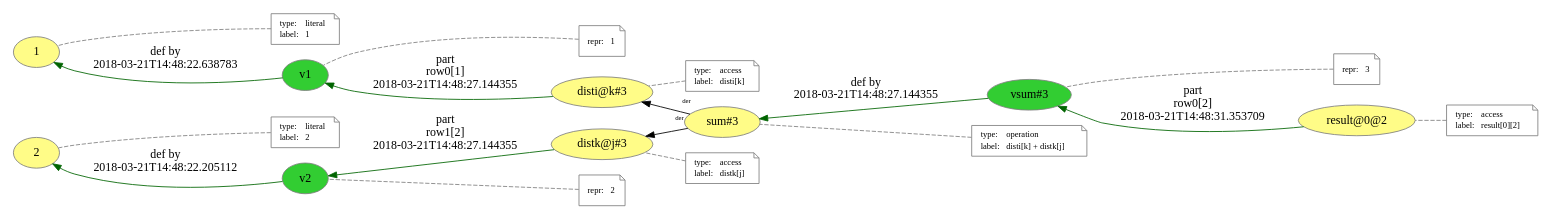
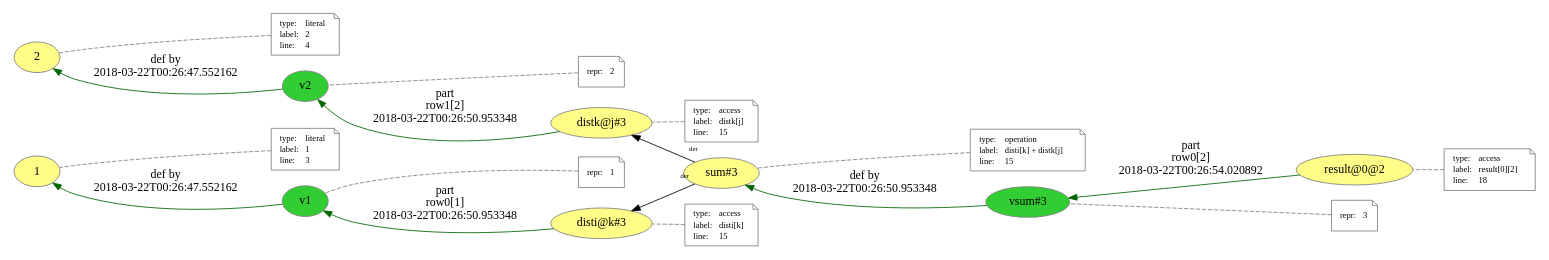
Before and after one commit to dew-uff/versioned-prov: the diagram in generated/mutable_prov/query.dot, drawn with Graphviz. The commit also changed 2643 other files, not shown here.

```diff
--- a/generated/mutable_prov/query.dot
+++ b/generated/mutable_prov/query.dot
@@ -1,115 +1,139 @@
 digraph "PROV" { size="16,12"; rankdir="RL";
-"http://example.org/v1" [fillcolor="#32CD32",color="#808080",style="filled",label="v1",URL="http://example.org/v1"]
+"http://example.org/distk@j#3" [fillcolor="#FFFC87",color="#808080",style="filled",label="distk@j#3",URL="http://example.org/distk@j#3"]
 "-attrs0" [color="gray",shape="note",fontsize="10",fontcolor="black",label=<<TABLE cellpadding="0" border="0">
 	<TR>
-	    <TD align="left">repr:</TD>
-	    <TD align="left">1</TD>
+	    <TD align="left">type:</TD>
+	    <TD align="left">access</TD>
+	</TR>
+	<TR>
+	    <TD align="left">label:</TD>
+	    <TD align="left">distk[j]</TD>
+	</TR>
+	<TR>
+	    <TD align="left">line:</TD>
+	    <TD align="left">15</TD>
 	</TR>
 </TABLE>>]
-"-attrs0" -> "http://example.org/v1" [color="gray",style="dashed",arrowhead="none"]
-"http://example.org/vsum#3" [fillcolor="#32CD32",color="#808080",style="filled",label="vsum#3",URL="http://example.org/vsum#3"]
+"-attrs0" -> "http://example.org/distk@j#3" [color="gray",style="dashed",arrowhead="none"]
+"http://example.org/sum#3" [fillcolor="#FFFC87",color="#808080",style="filled",label="sum#3",URL="http://example.org/sum#3"]
 "-attrs1" [color="gray",shape="note",fontsize="10",fontcolor="black",label=<<TABLE cellpadding="0" border="0">
 	<TR>
-	    <TD align="left">repr:</TD>
-	    <TD align="left">3</TD>
+	    <TD align="left">type:</TD>
+	    <TD align="left">operation</TD>
+	</TR>
+	<TR>
+	    <TD align="left">label:</TD>
+	    <TD align="left">disti[k] + distk[j]</TD>
+	</TR>
+	<TR>
+	    <TD align="left">line:</TD>
+	    <TD align="left">15</TD>
 	</TR>
 </TABLE>>]
-"-attrs1" -> "http://example.org/vsum#3" [color="gray",style="dashed",arrowhead="none"]
+"-attrs1" -> "http://example.org/sum#3" [color="gray",style="dashed",arrowhead="none"]
+"http://example.org/sum#3" -> "http://example.org/distk@j#3" [labelfontsize="8",labeldistance="1.5",labelangle="60.0",rotation="20",taillabel="der"]
+"http://example.org/distk@j#3" -> "http://example.org/v2" [labelfontsize="8",labeldistance="1.5",color="darkgreen",labelangle="60.0",rotation="20",label="part
+row1[2]
+2018-03-22T00:26:50.953348"]
+"http://example.org/v2" -> "http://example.org/2" [labelfontsize="8",labeldistance="1.5",color="darkgreen",labelangle="60.0",rotation="20",label="def by
+2018-03-22T00:26:47.552162"]
+"http://example.org/vsum#3" -> "http://example.org/sum#3" [labelfontsize="8",labeldistance="1.5",color="darkgreen",labelangle="60.0",rotation="20",label="def by
+2018-03-22T00:26:50.953348"]
+"http://example.org/2" [fillcolor="#FFFC87",color="#808080",style="filled",label="2",URL="http://example.org/2"]
+"-attrs2" [color="gray",shape="note",fontsize="10",fontcolor="black",label=<<TABLE cellpadding="0" border="0">
+	<TR>
+	    <TD align="left">type:</TD>
+	    <TD align="left">literal</TD>
+	</TR>
+	<TR>
+	    <TD align="left">label:</TD>
+	    <TD align="left">2</TD>
+	</TR>
+	<TR>
+	    <TD align="left">line:</TD>
+	    <TD align="left">4</TD>
+	</TR>
+</TABLE>>]
+"-attrs2" -> "http://example.org/2" [color="gray",style="dashed",arrowhead="none"]
+"http://example.org/result@0@2" -> "http://example.org/vsum#3" [labelfontsize="8",labeldistance="1.5",color="darkgreen",labelangle="60.0",rotation="20",label="part
+row0[2]
+2018-03-22T00:26:54.020892"]
 "http://example.org/1" [fillcolor="#FFFC87",color="#808080",style="filled",label="1",URL="http://example.org/1"]
-"-attrs2" [color="gray",shape="note",fontsize="10",fontcolor="black",label=<<TABLE cellpadding="0" border="0">
+"-attrs3" [color="gray",shape="note",fontsize="10",fontcolor="black",label=<<TABLE cellpadding="0" border="0">
 	<TR>
 	    <TD align="left">type:</TD>
 	    <TD align="left">literal</TD>
 	</TR>
 	<TR>
 	    <TD align="left">label:</TD>
 	    <TD align="left">1</TD>
 	</TR>
-</TABLE>>]
-"-attrs2" -> "http://example.org/1" [color="gray",style="dashed",arrowhead="none"]
-"http://example.org/vsum#3" -> "http://example.org/sum#3" [labelfontsize="8",labeldistance="1.5",color="darkgreen",labelangle="60.0",rotation="20",label="def by
-2018-03-21T14:48:27.144355"]
-"http://example.org/2" [fillcolor="#FFFC87",color="#808080",style="filled",label="2",URL="http://example.org/2"]
-"-attrs3" [color="gray",shape="note",fontsize="10",fontcolor="black",label=<<TABLE cellpadding="0" border="0">
 	<TR>
-	    <TD align="left">type:</TD>
-	    <TD align="left">literal</TD>
-	</TR>
-	<TR>
-	    <TD align="left">label:</TD>
-	    <TD align="left">2</TD>
+	    <TD align="left">line:</TD>
+	    <TD align="left">3</TD>
 	</TR>
 </TABLE>>]
-"-attrs3" -> "http://example.org/2" [color="gray",style="dashed",arrowhead="none"]
-"http://example.org/distk@j#3" [fillcolor="#FFFC87",color="#808080",style="filled",label="distk@j#3",URL="http://example.org/distk@j#3"]
+"-attrs3" -> "http://example.org/1" [color="gray",style="dashed",arrowhead="none"]
+"http://example.org/result@0@2" [fillcolor="#FFFC87",color="#808080",style="filled",label="result@0@2",URL="http://example.org/result@0@2"]
 "-attrs4" [color="gray",shape="note",fontsize="10",fontcolor="black",label=<<TABLE cellpadding="0" border="0">
 	<TR>
 	    <TD align="left">type:</TD>
 	    <TD align="left">access</TD>
 	</TR>
 	<TR>
 	    <TD align="left">label:</TD>
-	    <TD align="left">distk[j]</TD>
+	    <TD align="left">result[0][2]</TD>
+	</TR>
+	<TR>
+	    <TD align="left">line:</TD>
+	    <TD align="left">18</TD>
 	</TR>
 </TABLE>>]
-"-attrs4" -> "http://example.org/distk@j#3" [color="gray",style="dashed",arrowhead="none"]
-"http://example.org/distk@j#3" -> "http://example.org/v2" [labelfontsize="8",labeldistance="1.5",color="darkgreen",labelangle="60.0",rotation="20",label="part
-row1[2]
-2018-03-21T14:48:27.144355"]
+"-attrs4" -> "http://example.org/result@0@2" [color="gray",style="dashed",arrowhead="none"]
+"http://example.org/vsum#3" [fillcolor="#32CD32",color="#808080",style="filled",label="vsum#3",URL="http://example.org/vsum#3"]
+"-attrs5" [color="gray",shape="note",fontsize="10",fontcolor="black",label=<<TABLE cellpadding="0" border="0">
+	<TR>
+	    <TD align="left">repr:</TD>
+	    <TD align="left">3</TD>
+	</TR>
+</TABLE>>]
+"-attrs5" -> "http://example.org/vsum#3" [color="gray",style="dashed",arrowhead="none"]
 "http://example.org/disti@k#3" [fillcolor="#FFFC87",color="#808080",style="filled",label="disti@k#3",URL="http://example.org/disti@k#3"]
-"-attrs5" [color="gray",shape="note",fontsize="10",fontcolor="black",label=<<TABLE cellpadding="0" border="0">
+"-attrs6" [color="gray",shape="note",fontsize="10",fontcolor="black",label=<<TABLE cellpadding="0" border="0">
 	<TR>
 	    <TD align="left">type:</TD>
 	    <TD align="left">access</TD>
 	</TR>
 	<TR>
 	    <TD align="left">label:</TD>
 	    <TD align="left">disti[k]</TD>
 	</TR>
-</TABLE>>]
-"-attrs5" -> "http://example.org/disti@k#3" [color="gray",style="dashed",arrowhead="none"]
-"http://example.org/v2" -> "http://example.org/2" [labelfontsize="8",labeldistance="1.5",color="darkgreen",labelangle="60.0",rotation="20",label="def by
-2018-03-21T14:48:22.205112"]
-"http://example.org/sum#3" [fillcolor="#FFFC87",color="#808080",style="filled",label="sum#3",URL="http://example.org/sum#3"]
-"-attrs6" [color="gray",shape="note",fontsize="10",fontcolor="black",label=<<TABLE cellpadding="0" border="0">
 	<TR>
-	    <TD align="left">type:</TD>
-	    <TD align="left">operation</TD>
-	</TR>
-	<TR>
-	    <TD align="left">label:</TD>
-	    <TD align="left">disti[k] + distk[j]</TD>
+	    <TD align="left">line:</TD>
+	    <TD align="left">15</TD>
 	</TR>
 </TABLE>>]
-"-attrs6" -> "http://example.org/sum#3" [color="gray",style="dashed",arrowhead="none"]
-"http://example.org/sum#3" -> "http://example.org/distk@j#3" [labelfontsize="8",labeldistance="1.5",labelangle="60.0",rotation="20",taillabel="der"]
+"-attrs6" -> "http://example.org/disti@k#3" [color="gray",style="dashed",arrowhead="none"]
+"http://example.org/disti@k#3" -> "http://example.org/v1" [labelfontsize="8",labeldistance="1.5",color="darkgreen",labelangle="60.0",rotation="20",label="part
+row0[1]
+2018-03-22T00:26:50.953348"]
+"http://example.org/sum#3" -> "http://example.org/disti@k#3" [labelfontsize="8",labeldistance="1.5",labelangle="60.0",rotation="20",taillabel="der"]
 "http://example.org/v2" [fillcolor="#32CD32",color="#808080",style="filled",label="v2",URL="http://example.org/v2"]
 "-attrs7" [color="gray",shape="note",fontsize="10",fontcolor="black",label=<<TABLE cellpadding="0" border="0">
 	<TR>
 	    <TD align="left">repr:</TD>
 	    <TD align="left">2</TD>
 	</TR>
 </TABLE>>]
 "-attrs7" -> "http://example.org/v2" [color="gray",style="dashed",arrowhead="none"]
-"http://example.org/result@0@2" -> "http://example.org/vsum#3" [labelfontsize="8",labeldistance="1.5",color="darkgreen",labelangle="60.0",rotation="20",label="part
-row0[2]
-2018-03-21T14:48:31.353709"]
-"http://example.org/sum#3" -> "http://example.org/disti@k#3" [labelfontsize="8",labeldistance="1.5",labelangle="60.0",rotation="20",taillabel="der"]
-"http://example.org/result@0@2" [fillcolor="#FFFC87",color="#808080",style="filled",label="result@0@2",URL="http://example.org/result@0@2"]
+"http://example.org/v1" -> "http://example.org/1" [labelfontsize="8",labeldistance="1.5",color="darkgreen",labelangle="60.0",rotation="20",label="def by
+2018-03-22T00:26:47.552162"]
+"http://example.org/v1" [fillcolor="#32CD32",color="#808080",style="filled",label="v1",URL="http://example.org/v1"]
 "-attrs8" [color="gray",shape="note",fontsize="10",fontcolor="black",label=<<TABLE cellpadding="0" border="0">
 	<TR>
-	    <TD align="left">type:</TD>
-	    <TD align="left">access</TD>
-	</TR>
-	<TR>
-	    <TD align="left">label:</TD>
-	    <TD align="left">result[0][2]</TD>
+	    <TD align="left">repr:</TD>
+	    <TD align="left">1</TD>
 	</TR>
 </TABLE>>]
-"-attrs8" -> "http://example.org/result@0@2" [color="gray",style="dashed",arrowhead="none"]
-"http://example.org/v1" -> "http://example.org/1" [labelfontsize="8",labeldistance="1.5",color="darkgreen",labelangle="60.0",rotation="20",label="def by
-2018-03-21T14:48:22.638783"]
-"http://example.org/disti@k#3" -> "http://example.org/v1" [labelfontsize="8",labeldistance="1.5",color="darkgreen",labelangle="60.0",rotation="20",label="part
-row0[1]
-2018-03-21T14:48:27.144355"]
+"-attrs8" -> "http://example.org/v1" [color="gray",style="dashed",arrowhead="none"]
 }
```
